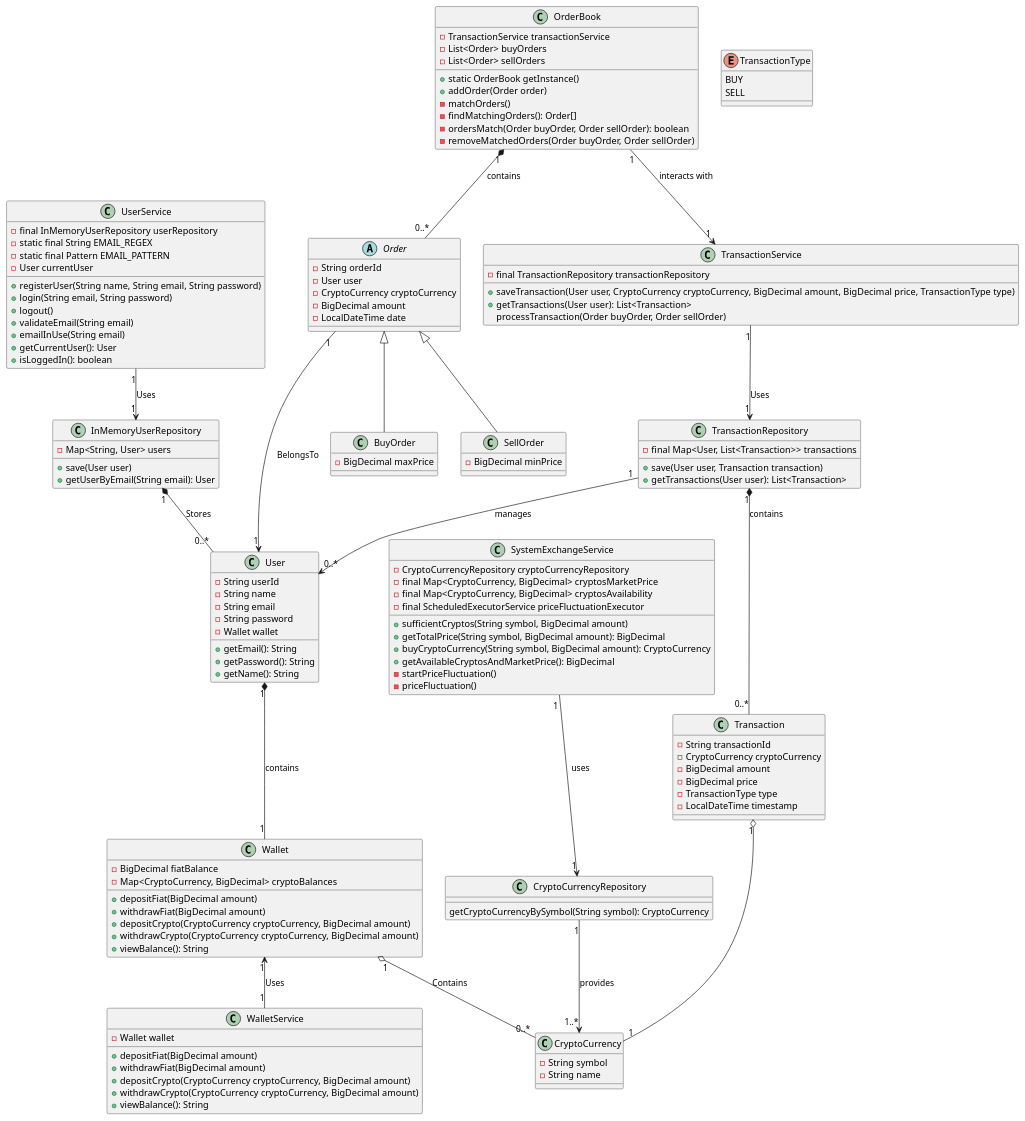
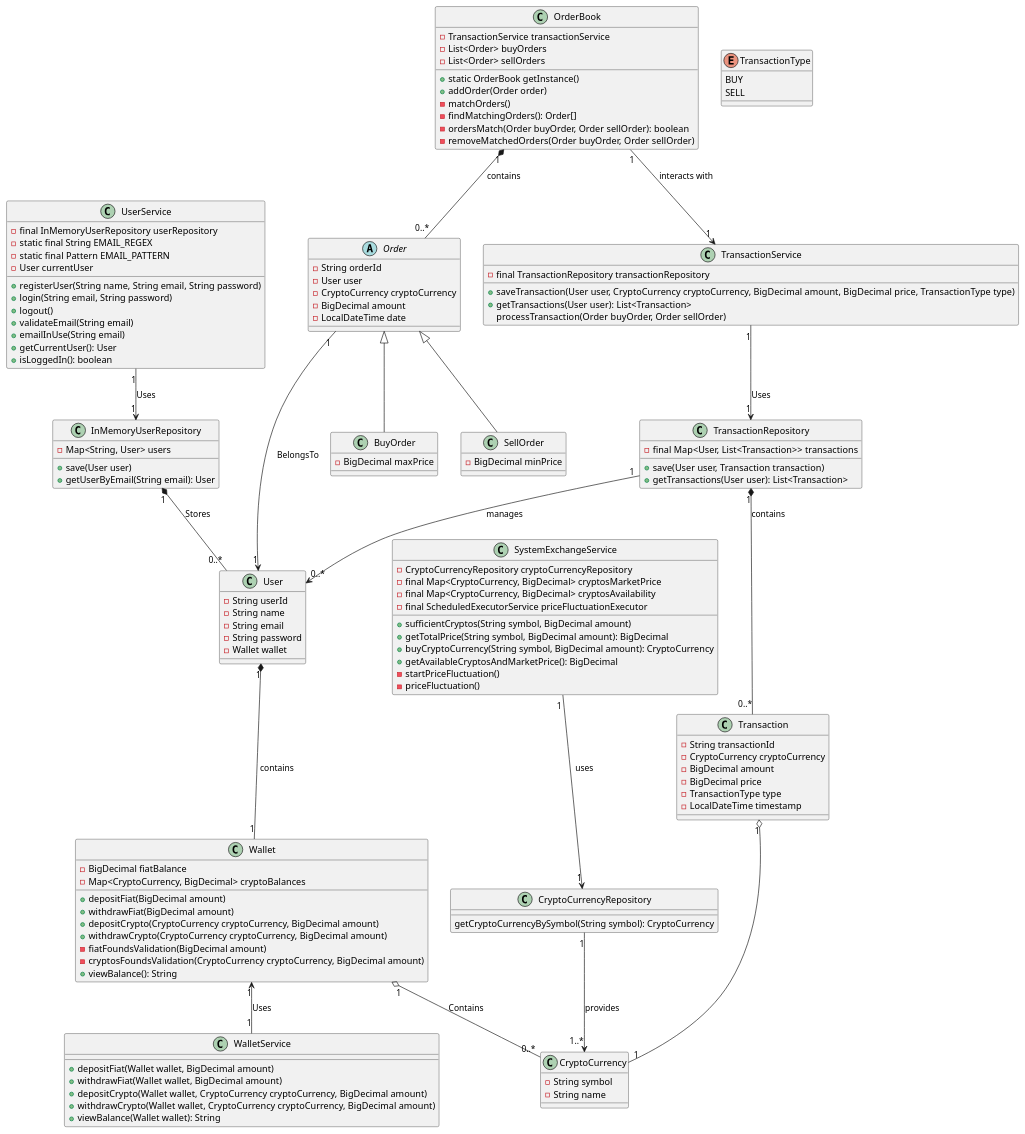
One commit to LeynderS/crypto_exchange_system changed the diagram in diagram/class_diagram.puml. Above: the diagram before and after it, drawn with PlantUML. The commit also changed 1 other file, not shown here.

Commit message:
Make fiatFoundsValidation and cryptosFoundsValidation private; modify viewBalance method

```diff
--- a/diagram/class_diagram.puml
+++ b/diagram/class_diagram.puml
@@ -1,148 +1,146 @@
 @startuml
 
 class UserService{
 -final InMemoryUserRepository userRepository
 -static final String EMAIL_REGEX
 -static final Pattern EMAIL_PATTERN
 -User currentUser
 +registerUser(String name, String email, String password)
 +login(String email, String password)
 +logout()
 +validateEmail(String email)
 +emailInUse(String email)
 +getCurrentUser(): User
 +isLoggedIn(): boolean
 }
 
 class InMemoryUserRepository {
   -Map<String, User> users
   +save(User user)
   +getUserByEmail(String email): User
 }
 
 class User {
 -String userId
 -String name
 -String email
 -String password
 -Wallet wallet
-+getEmail(): String
-+getPassword(): String
-+getName(): String
 }
 
 class WalletService{
--Wallet wallet
-+depositFiat(BigDecimal amount)
-+withdrawFiat(BigDecimal amount)
-+depositCrypto(CryptoCurrency cryptoCurrency, BigDecimal amount)
-+withdrawCrypto(CryptoCurrency cryptoCurrency, BigDecimal amount)
-+viewBalance(): String
++depositFiat(Wallet wallet, BigDecimal amount)
++withdrawFiat(Wallet wallet, BigDecimal amount)
++depositCrypto(Wallet wallet, CryptoCurrency cryptoCurrency, BigDecimal amount)
++withdrawCrypto(Wallet wallet, CryptoCurrency cryptoCurrency, BigDecimal amount)
++viewBalance(Wallet wallet): String
 }
 
 class Wallet {
 -BigDecimal fiatBalance
 -Map<CryptoCurrency, BigDecimal> cryptoBalances
 +depositFiat(BigDecimal amount)
 +withdrawFiat(BigDecimal amount)
 +depositCrypto(CryptoCurrency cryptoCurrency, BigDecimal amount)
 +withdrawCrypto(CryptoCurrency cryptoCurrency, BigDecimal amount)
+-fiatFoundsValidation(BigDecimal amount)
+-cryptosFoundsValidation(CryptoCurrency cryptoCurrency, BigDecimal amount)
 +viewBalance(): String
 }
 
 class CryptoCurrencyRepository{
 getCryptoCurrencyBySymbol(String symbol): CryptoCurrency
 }
 
 class SystemExchangeService{
 -CryptoCurrencyRepository cryptoCurrencyRepository
 -final Map<CryptoCurrency, BigDecimal> cryptosMarketPrice
 -final Map<CryptoCurrency, BigDecimal> cryptosAvailability
 -final ScheduledExecutorService priceFluctuationExecutor
 +sufficientCryptos(String symbol, BigDecimal amount)
 +getTotalPrice(String symbol, BigDecimal amount): BigDecimal
 +buyCryptoCurrency(String symbol, BigDecimal amount): CryptoCurrency
 +getAvailableCryptosAndMarketPrice(): BigDecimal
 -startPriceFluctuation()
 -priceFluctuation()
 }
 
 abstract class Order {
 -String orderId
 -User user
 -CryptoCurrency cryptoCurrency
 -BigDecimal amount
 -LocalDateTime date
 }
 
 class BuyOrder {
 -BigDecimal maxPrice
 }
 
 class SellOrder{
 -BigDecimal minPrice
 }
 
 class OrderBook{
 -TransactionService transactionService
 -List<Order> buyOrders
 -List<Order> sellOrders
 +static OrderBook getInstance()
 +addOrder(Order order)
 -matchOrders()
 -findMatchingOrders(): Order[]
 -ordersMatch(Order buyOrder, Order sellOrder): boolean
 -removeMatchedOrders(Order buyOrder, Order sellOrder)
 }
 
 class TransactionRepository {
 -final Map<User, List<Transaction>> transactions
 +save(User user, Transaction transaction)
 +getTransactions(User user): List<Transaction>
 }
 
 class Transaction {
 -String transactionId
 -CryptoCurrency cryptoCurrency
 -BigDecimal amount
 -BigDecimal price
 -TransactionType type
 -LocalDateTime timestamp
 }
 
 class TransactionService {
 -final TransactionRepository transactionRepository
 +saveTransaction(User user, CryptoCurrency cryptoCurrency, BigDecimal amount, BigDecimal price, TransactionType type)
 +getTransactions(User user): List<Transaction>
 processTransaction(Order buyOrder, Order sellOrder)
 }
 
 
 class CryptoCurrency {
 -String symbol
 -String name
 }
 
 enum TransactionType {
 BUY
 SELL
 }
 
 UserService "1" --> "1" InMemoryUserRepository : Uses
 InMemoryUserRepository "1" *-- "0..*" User : Stores
 User "1" *-- "1" Wallet : contains
 Wallet "1" <-- "1" WalletService : Uses
 Wallet "1" o-- "0..*" CryptoCurrency : Contains
 CryptoCurrencyRepository "1" --> "1..*" CryptoCurrency : provides
 SystemExchangeService "1 "--> "1" CryptoCurrencyRepository : uses
 Order <|-- BuyOrder
 Order <|-- SellOrder
 OrderBook "1" *-- "0..*" Order : contains
 OrderBook "1" --> "1" TransactionService : interacts with
 TransactionRepository "1" *-- "0..*" Transaction: contains
 TransactionService "1" --> "1" TransactionRepository : Uses
 Transaction "1" o-- "1" CryptoCurrency
 Order "1" --> "1" User : BelongsTo
 TransactionRepository "1" --> "0..*" User : manages
 
 @enduml
```
